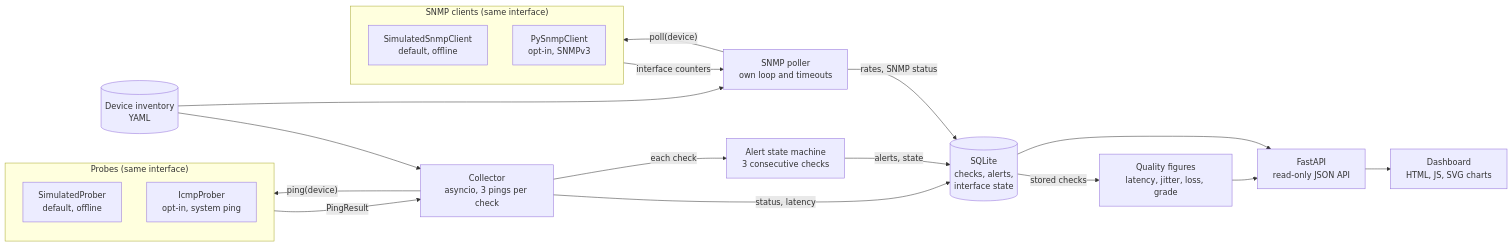
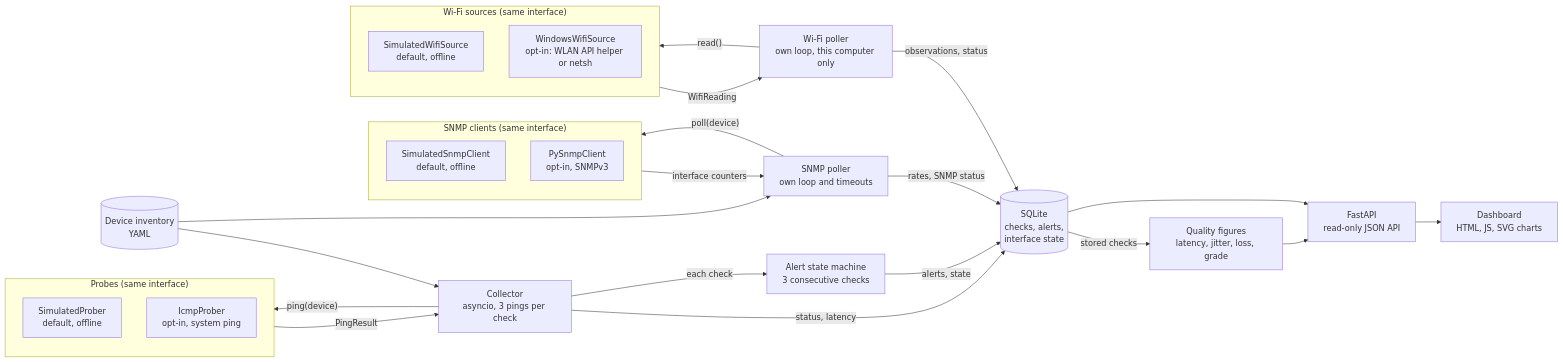
One commit to ImLukeRT/NetMonLT-Network-Monitoring-Tool changed the diagram in README.md. Above: the diagram before and after it, drawn with Mermaid. The commit also changed other lines of this file and 21 other files, not shown here.

````diff
--- a/README.md
+++ b/README.md
@@ -88,25 +95,32 @@
 ```mermaid
 flowchart LR
     inv[("Device inventory<br/>YAML")] --> col
     subgraph probes["Probes (same interface)"]
         sim["SimulatedProber<br/>default, offline"]
         icmp["IcmpProber<br/>opt-in, system ping"]
     end
     inv --> snmp
     subgraph snmpc["SNMP clients (same interface)"]
         ssim["SimulatedSnmpClient<br/>default, offline"]
         spy["PySnmpClient<br/>opt-in, SNMPv3"]
     end
     col["Collector<br/>asyncio, 3 pings per check"] -->|"ping(device)"| probes
     probes -->|"PingResult"| col
     snmp["SNMP poller<br/>own loop and timeouts"] -->|"poll(device)"| snmpc
     snmpc -->|"interface counters"| snmp
     col -->|"status, latency"| db[("SQLite<br/>checks, alerts,<br/>interface state")]
     col -->|"each check"| alert["Alert state machine<br/>3 consecutive checks"]
     alert -->|"alerts, state"| db
     snmp -->|"rates, SNMP status"| db
+    wifi["Wi-Fi poller<br/>own loop, this computer only"] -->|"read()"| wsrc
+    subgraph wsrc["Wi-Fi sources (same interface)"]
+        wsim["SimulatedWifiSource<br/>default, offline"]
+        wwin["WindowsWifiSource<br/>opt-in: WLAN API helper or netsh"]
+    end
+    wsrc -->|"WifiReading"| wifi
+    wifi -->|"observations, status"| db
     db -->|"stored checks"| qual["Quality figures<br/>latency, jitter, loss, grade"]
     qual --> api
     db --> api["FastAPI<br/>read-only JSON API"]
     api --> ui["Dashboard<br/>HTML, JS, SVG charts"]
 ```
````
